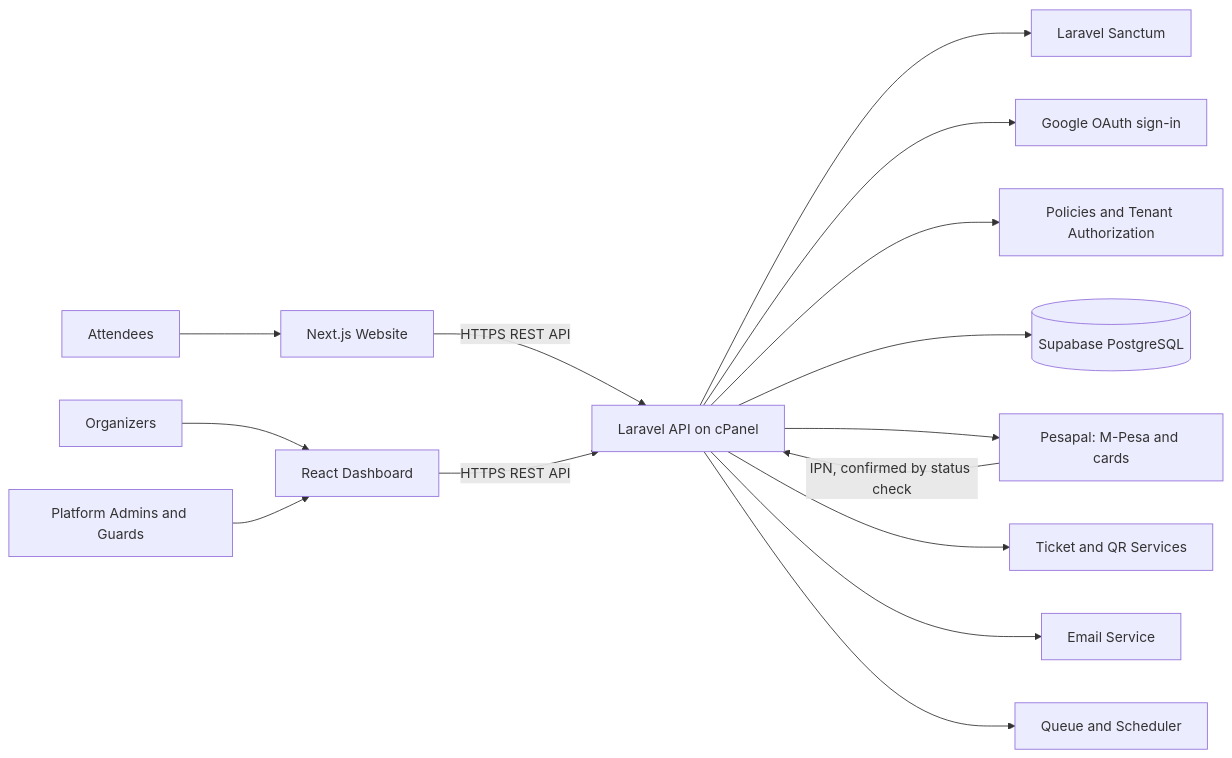
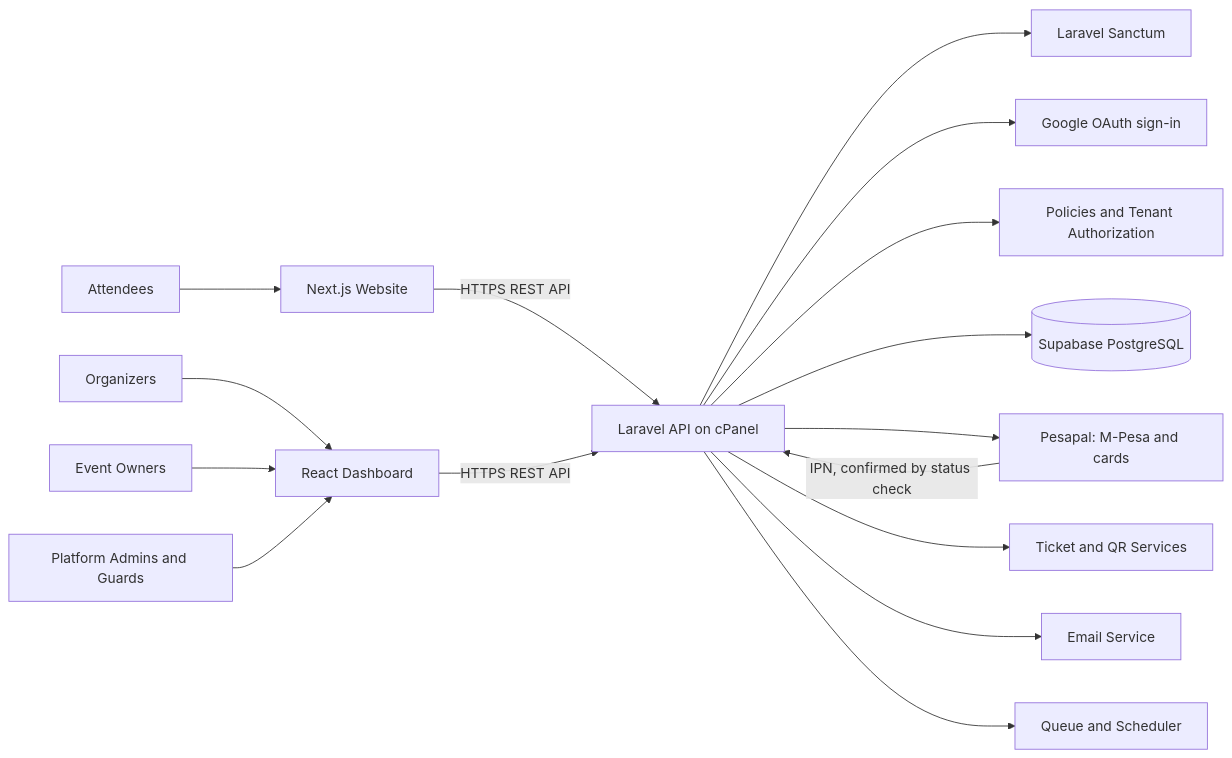
The first of 4 diagrams in techstack.md (kreativesahara/ticket), drawn with Mermaid before and after one commit. The commit also changed other lines of this file and 14 other files, not shown here.

Commit message:
feat: add event owner role and system architecture diagrams

````diff
--- a/techstack.md
+++ b/techstack.md
@@ -36,20 +36,21 @@
 ```mermaid
 flowchart LR
     A[Attendees] --> W[Next.js Website]
     O[Organizers] --> D[React Dashboard]
+    EO[Event Owners] --> D
     G[Platform Admins and Guards] --> D
 
     W -- HTTPS REST API --> API[Laravel API on cPanel]
     D -- HTTPS REST API --> API
 
     API --> S[Laravel Sanctum]
     API --> GO[Google OAuth sign-in]
     API --> P[Policies and Tenant Authorization]
     API --> DB[(Supabase PostgreSQL)]
     API --> PAY[Pesapal: M-Pesa and cards]
     API --> QR[Ticket and QR Services]
     API --> E[Email Service]
     API --> Q[Queue and Scheduler]
 
     PAY -- IPN, confirmed by status check --> API
 ```
````
